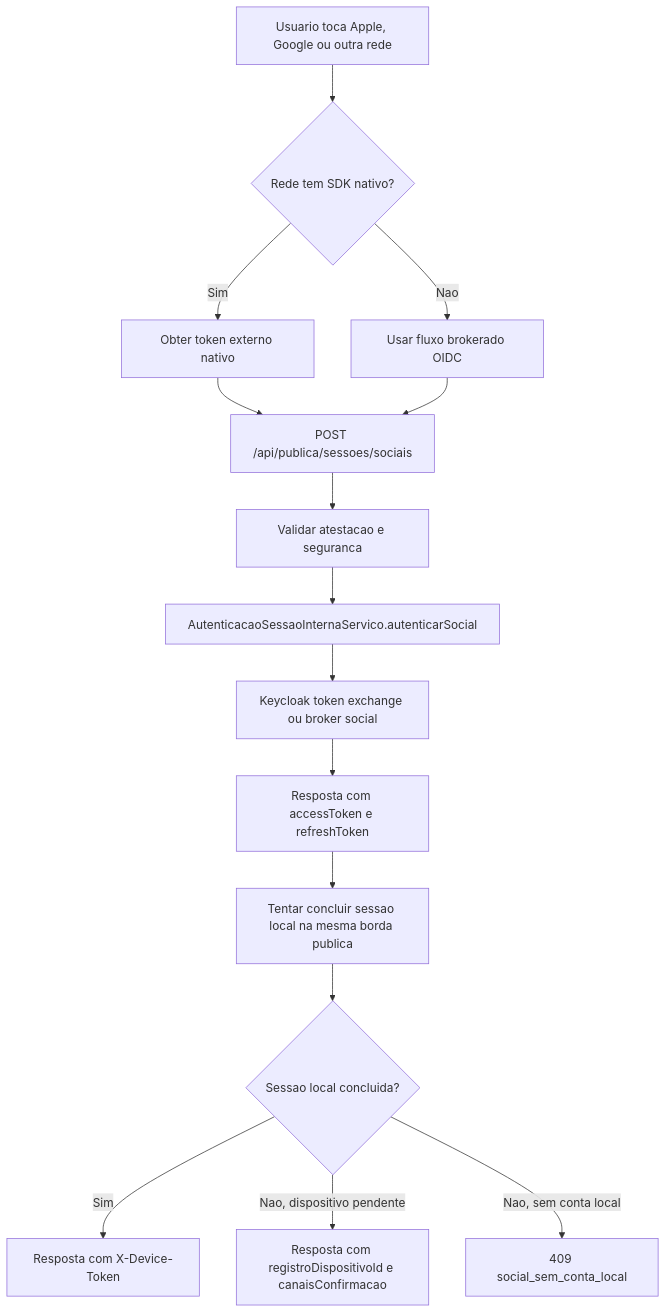
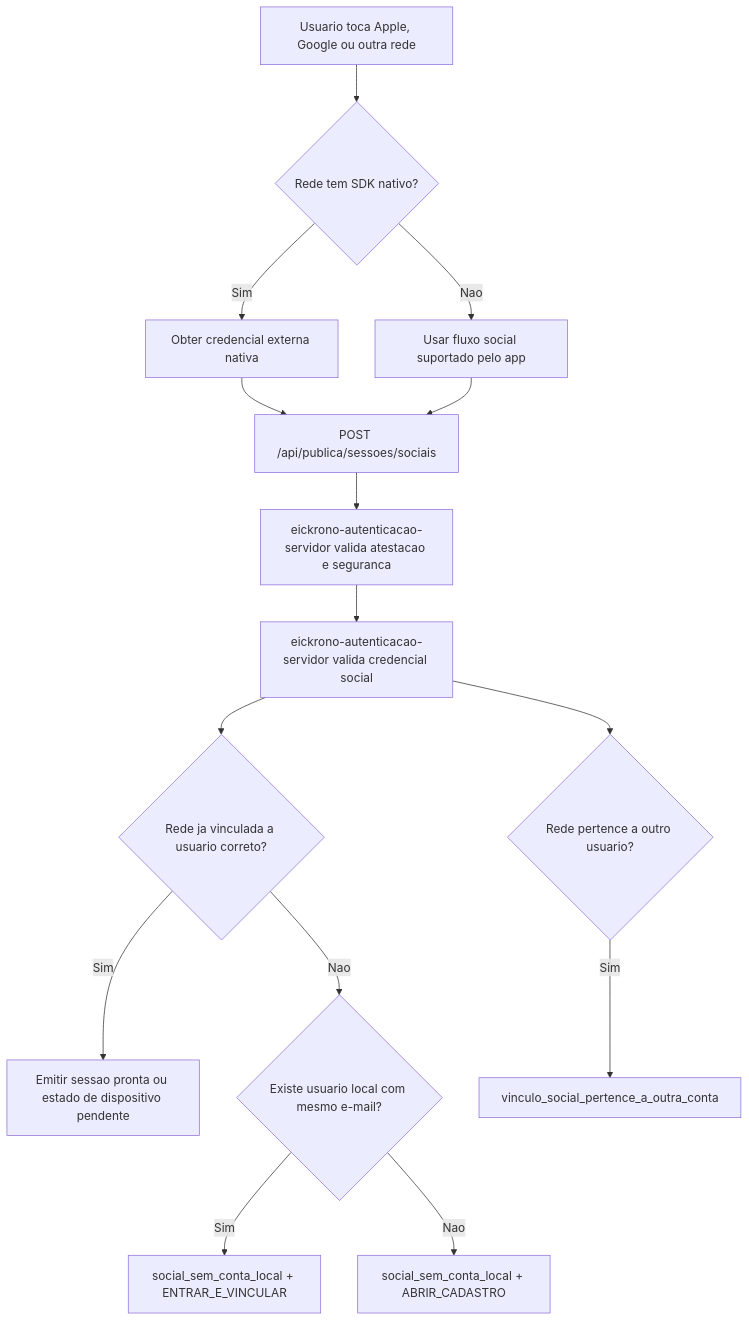
The sixth of 9 diagrams in documentacao/guia_fluxos_login_autenticacao_app.md (pedrosotc/eickrono_autenticacao), drawn with Mermaid before and after one commit. The commit also changed other lines of this file and 82 other files, not shown here.

````diff
--- a/documentacao/guia_fluxos_login_autenticacao_app.md
+++ b/documentacao/guia_fluxos_login_autenticacao_app.md
@@ -987,17 +995,17 @@
 ```mermaid
 flowchart TD
     A[Usuario toca Apple, Google ou outra rede] --> B{Rede tem SDK nativo?}
-    B -- Sim --> C[Obter token externo nativo]
-    B -- Nao --> D[Usar fluxo brokerado OIDC]
+    B -- Sim --> C[Obter credencial externa nativa]
+    B -- Nao --> D[Usar fluxo social suportado pelo app]
     C --> E[POST /api/publica/sessoes/sociais]
     D --> E
-    E --> F[Validar atestacao e seguranca]
-    F --> G[AutenticacaoSessaoInternaServico.autenticarSocial]
-    G --> H[Keycloak token exchange ou broker social]
-    H --> I[Resposta com accessToken e refreshToken]
-    I --> J[Tentar concluir sessao local na mesma borda publica]
-    J --> K{Sessao local concluida?}
-    K -- Sim --> L[Resposta com X-Device-Token]
-    K -- Nao, dispositivo pendente --> M[Resposta com registroDispositivoId e canaisConfirmacao]
-    K -- Nao, sem conta local --> N[409 social_sem_conta_local]
+    E --> F[eickrono-autenticacao-servidor valida atestacao e seguranca]
+    F --> G[eickrono-autenticacao-servidor valida credencial social]
+    G --> H{Rede ja vinculada a usuario correto?}
+    H -- Sim --> I[Emitir sessao pronta ou estado de dispositivo pendente]
+    H -- Nao --> J{Existe usuario local com mesmo e-mail?}
+    J -- Sim --> K[social_sem_conta_local + ENTRAR_E_VINCULAR]
+    J -- Nao --> L[social_sem_conta_local + ABRIR_CADASTRO]
+    G --> M{Rede pertence a outro usuario?}
+    M -- Sim --> N[vinculo_social_pertence_a_outra_conta]
 ```
````
